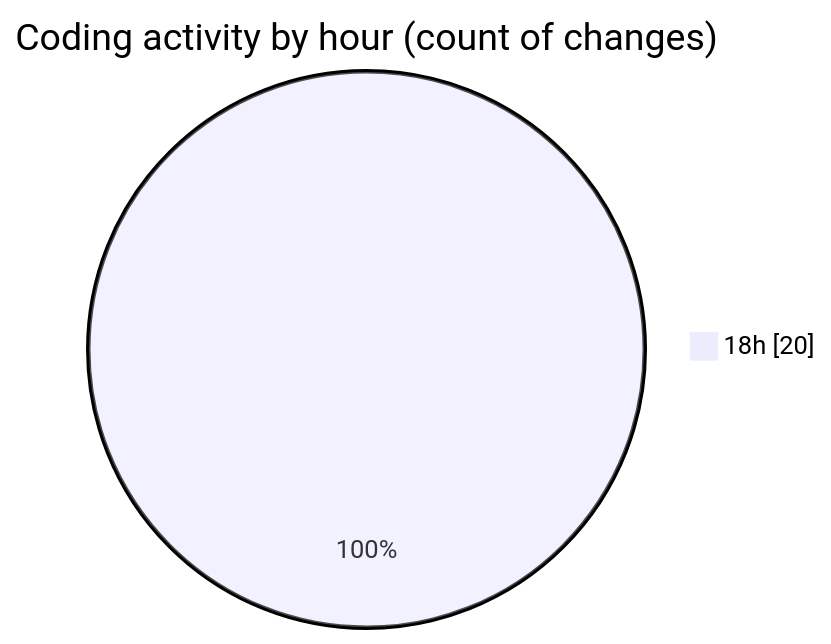
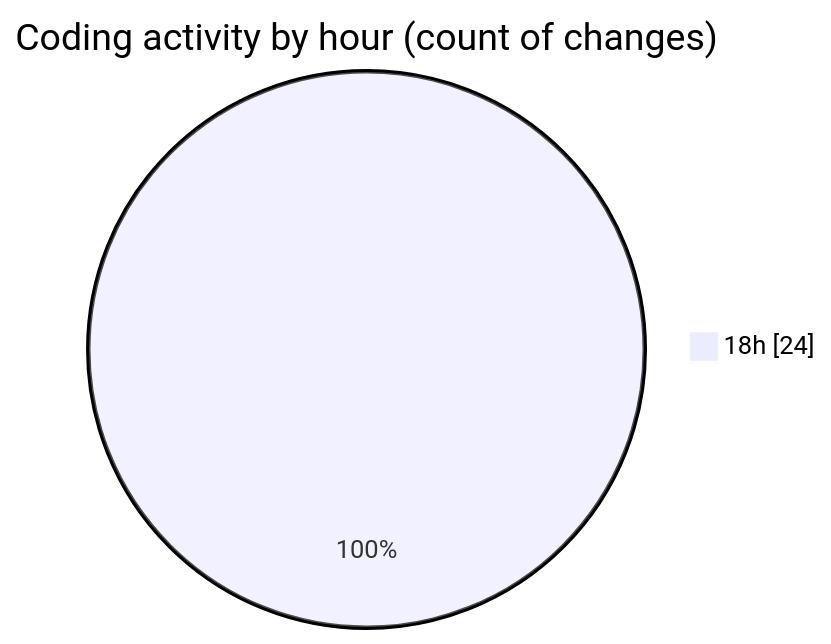
Before and after one commit to Netris89/code-tracking: the second of 2 diagrams in 2025-04-06/back-end/README.md, drawn with Mermaid. The commit also changed other lines of this file and 1 other file, not shown here.

````diff
--- a/2025-04-06/back-end/README.md
+++ b/2025-04-06/back-end/README.md
@@ -31,5 +31,5 @@
 ```mermaid
 pie showData
 title Coding activity by hour (count of changes)
-"18h" : 20
+"18h" : 24
 ```
````
